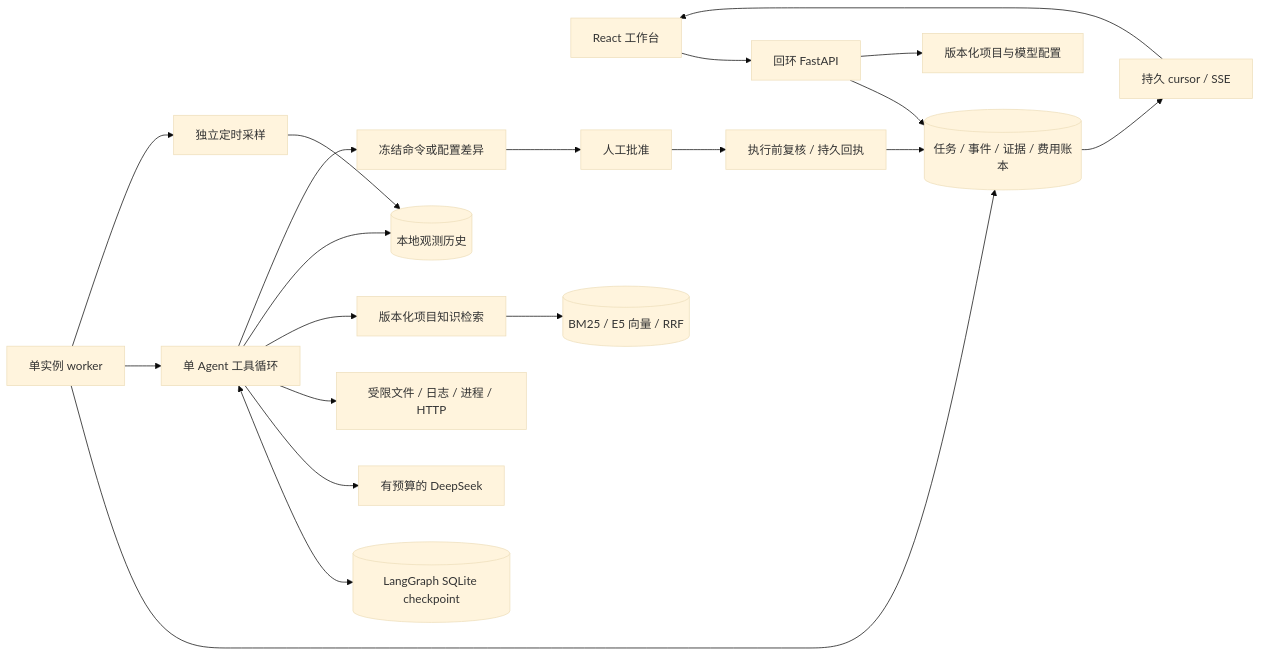
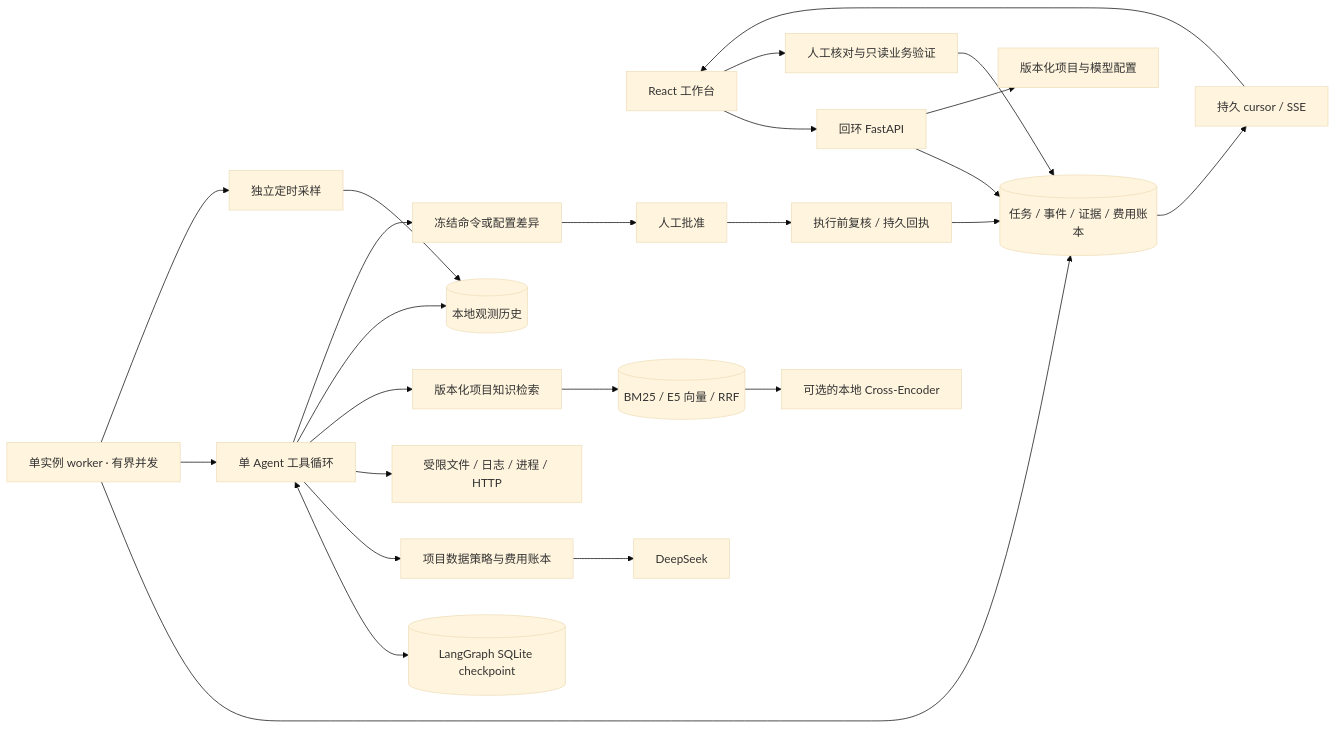
One commit to Ruyue213/IncidentDesk changed the diagram in docs/ARCHITECTURE.md. Above: the diagram before and after it, drawn with Mermaid (base theme). The commit also changed other lines of this file and 100 other files, not shown here.

````diff
--- a/docs/ARCHITECTURE.md
+++ b/docs/ARCHITECTURE.md
@@ -3,22 +3,26 @@
 ```mermaid
 flowchart LR
   UI[React 工作台] --> API[回环 FastAPI]
   API --> DB[(任务 / 事件 / 证据 / 费用账本)]
   API --> P[版本化项目与模型配置]
-  W[单实例 worker] --> DB
+  W[单实例 worker · 有界并发] --> DB
   W --> G[单 Agent 工具循环]
   G <--> CK[(LangGraph SQLite checkpoint)]
-  G --> LLM[有预算的 DeepSeek]
+  G --> PLY[项目数据策略与费用账本]
+  PLY --> LLM[DeepSeek]
   G --> RO[受限文件 / 日志 / 进程 / HTTP]
   G --> K[版本化项目知识检索]
   G --> H[(本地观测历史)]
   W --> S[独立定时采样]
   S --> H
   K --> IDX[(BM25 / E5 向量 / RRF)]
+  IDX --> CE[可选的本地 Cross-Encoder]
   G --> A[冻结命令或配置差异]
   A --> U[人工批准]
   U --> E[执行前复核 / 持久回执]
   E --> DB
   DB --> SSE[持久 cursor / SSE]
   SSE --> UI
+  UI --> OUT[人工核对与只读业务验证]
+  OUT --> DB
 ```
````
